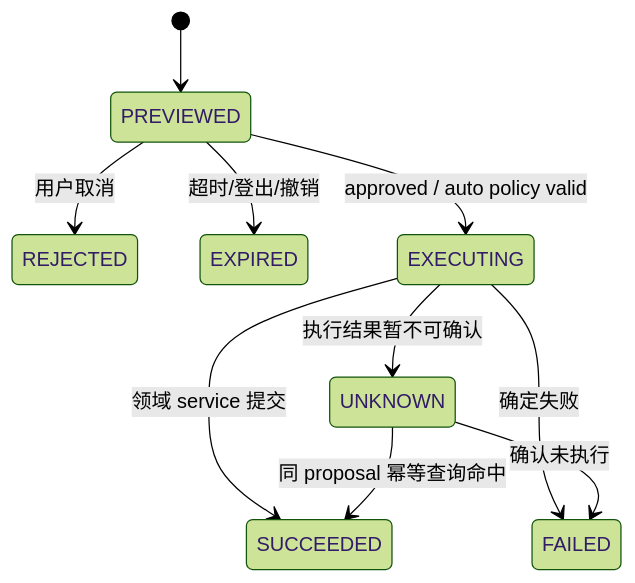
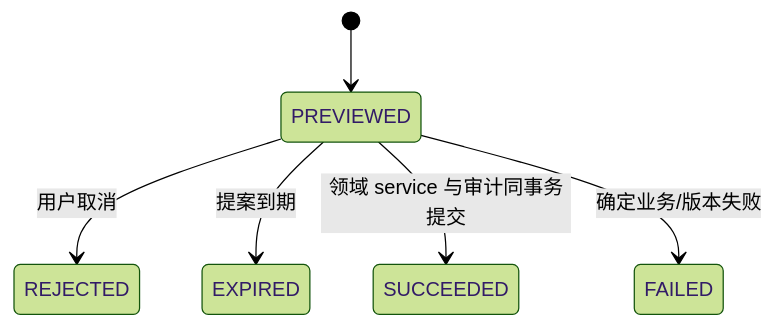
Before and after one commit to NikFranki/jingpo-logistics-system: the second of 2 diagrams in docs/技术方案/v11/be/spec.md, drawn with Mermaid (forest theme). The commit also changed other lines of this file and 60 other files, not shown here.

````diff
--- a/docs/技术方案/v11/be/spec.md
+++ b/docs/技术方案/v11/be/spec.md
@@ -112,12 +112,8 @@
 ```mermaid
 stateDiagram-v2
     [*] --> PREVIEWED
     PREVIEWED --> REJECTED: 用户取消
-    PREVIEWED --> EXPIRED: 超时/登出/撤销
-    PREVIEWED --> EXECUTING: approved / auto policy valid
-    EXECUTING --> SUCCEEDED: 领域 service 提交
-    EXECUTING --> FAILED: 确定失败
-    EXECUTING --> UNKNOWN: 执行结果暂不可确认
-    UNKNOWN --> SUCCEEDED: 同 proposal 幂等查询命中
-    UNKNOWN --> FAILED: 确认未执行
+    PREVIEWED --> EXPIRED: 提案到期
+    PREVIEWED --> SUCCEEDED: 领域 service 与审计同事务提交
+    PREVIEWED --> FAILED: 确定业务/版本失败
 ```
````
